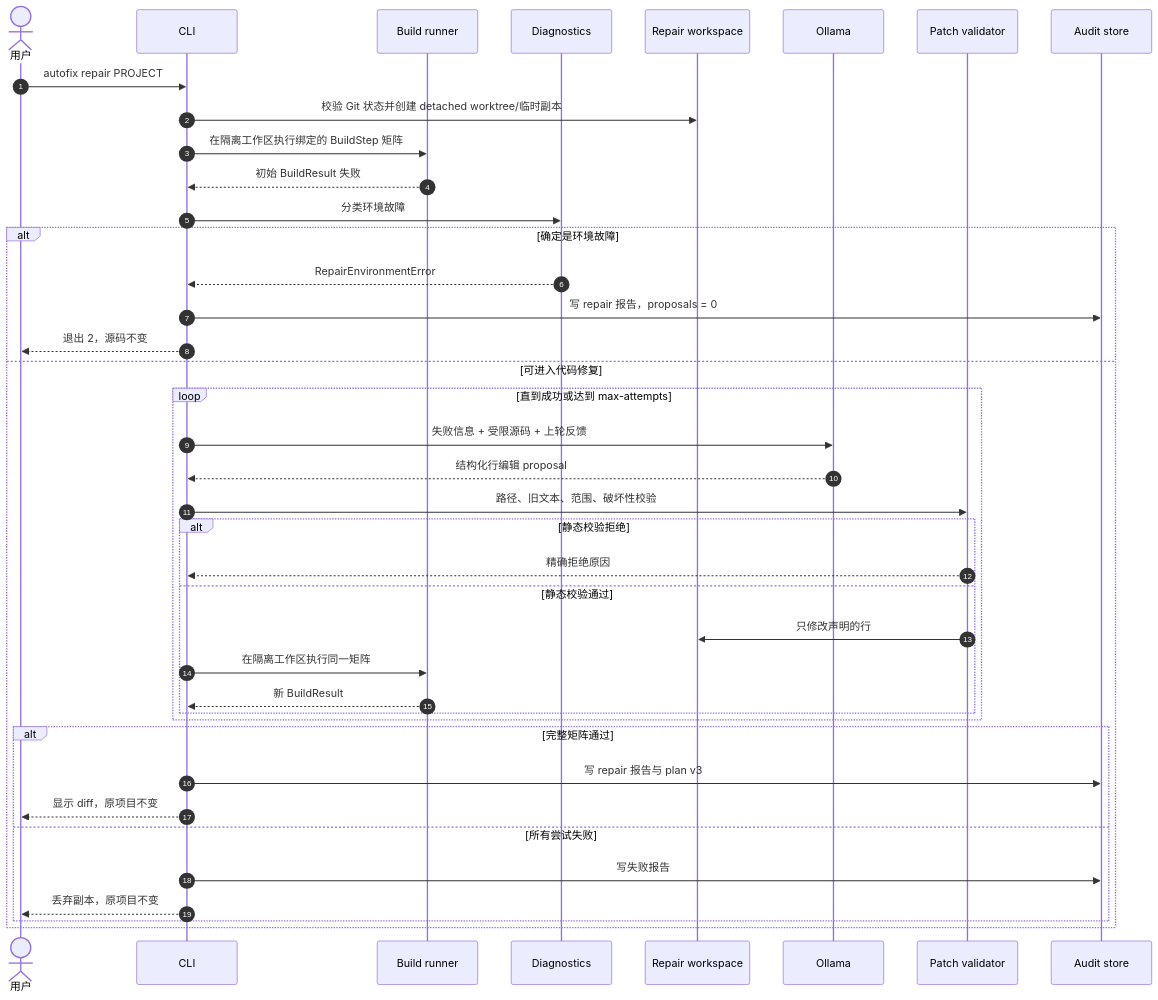
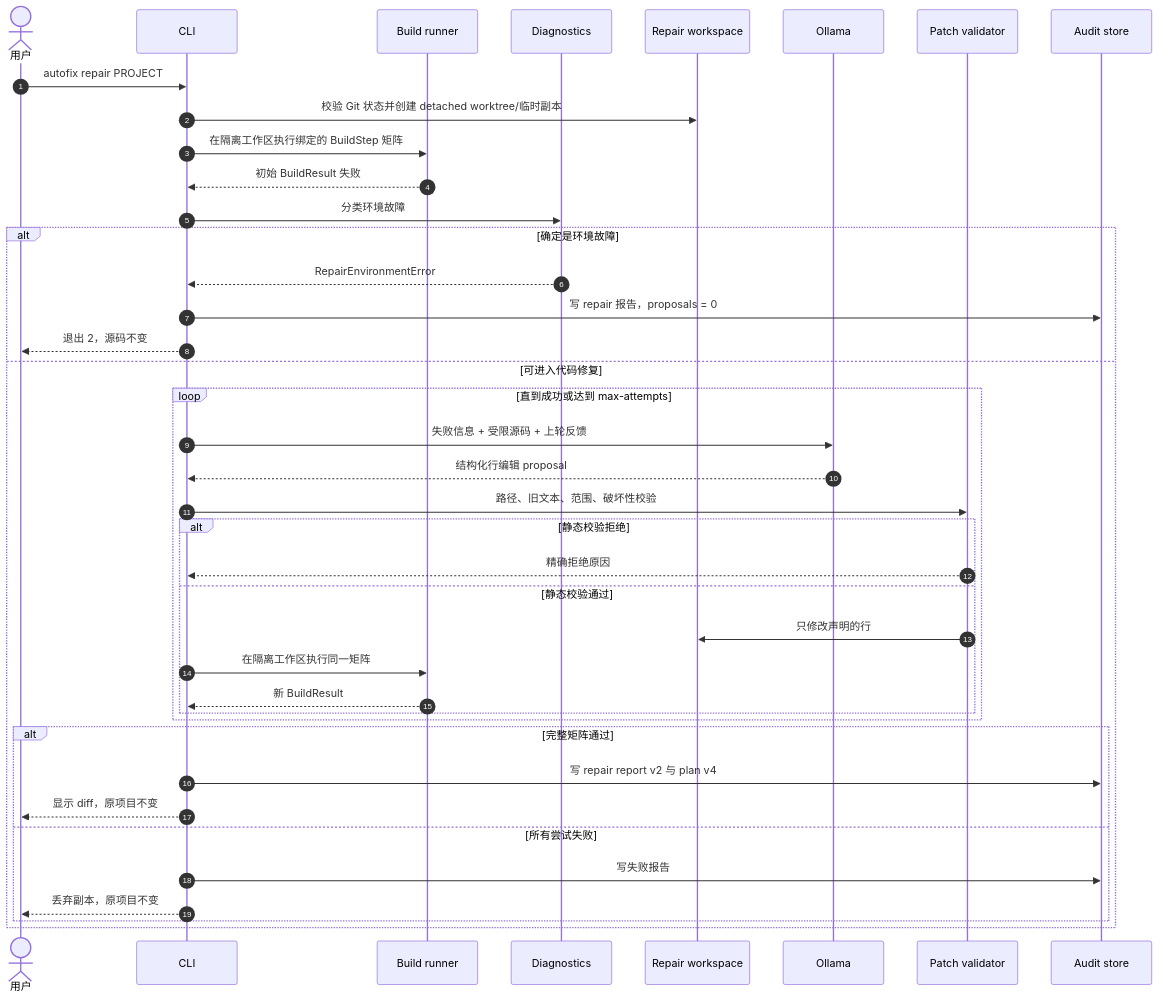
One commit to zhanghl-learner/docker-ollama-autofix changed the fifth of 7 diagrams in docs/ARCHITECTURE_ZH.md. Above: the diagram before and after it, drawn with Mermaid. The commit also changed other lines of this file and 14 other files, not shown here.

````diff
--- a/docs/ARCHITECTURE_ZH.md
+++ b/docs/ARCHITECTURE_ZH.md
@@ -434,43 +436,43 @@
 ```mermaid
 sequenceDiagram
     autonumber
     actor U as 用户
     participant C as CLI
     participant B as Build runner
     participant D as Diagnostics
     participant W as Repair workspace
     participant O as Ollama
     participant P as Patch validator
     participant A as Audit store
 
     U->>C: autofix repair PROJECT
     C->>W: 校验 Git 状态并创建 detached worktree/临时副本
     C->>B: 在隔离工作区执行绑定的 BuildStep 矩阵
     B-->>C: 初始 BuildResult 失败
     C->>D: 分类环境故障
     alt 确定是环境故障
         D-->>C: RepairEnvironmentError
         C->>A: 写 repair 报告，proposals = 0
         C-->>U: 退出 2，源码不变
     else 可进入代码修复
         loop 直到成功或达到 max-attempts
             C->>O: 失败信息 + 受限源码 + 上轮反馈
             O-->>C: 结构化行编辑 proposal
             C->>P: 路径、旧文本、范围、破坏性校验
             alt 静态校验拒绝
                 P-->>C: 精确拒绝原因
             else 静态校验通过
                 P->>W: 只修改声明的行
                 C->>B: 在隔离工作区执行同一矩阵
                 B-->>C: 新 BuildResult
             end
         end
         alt 完整矩阵通过
-            C->>A: 写 repair 报告与 plan v3
+            C->>A: 写 repair report v2 与 plan v4
             C-->>U: 显示 diff，原项目不变
         else 所有尝试失败
             C->>A: 写失败报告
             C-->>U: 丢弃副本，原项目不变
         end
     end
 ```
````
